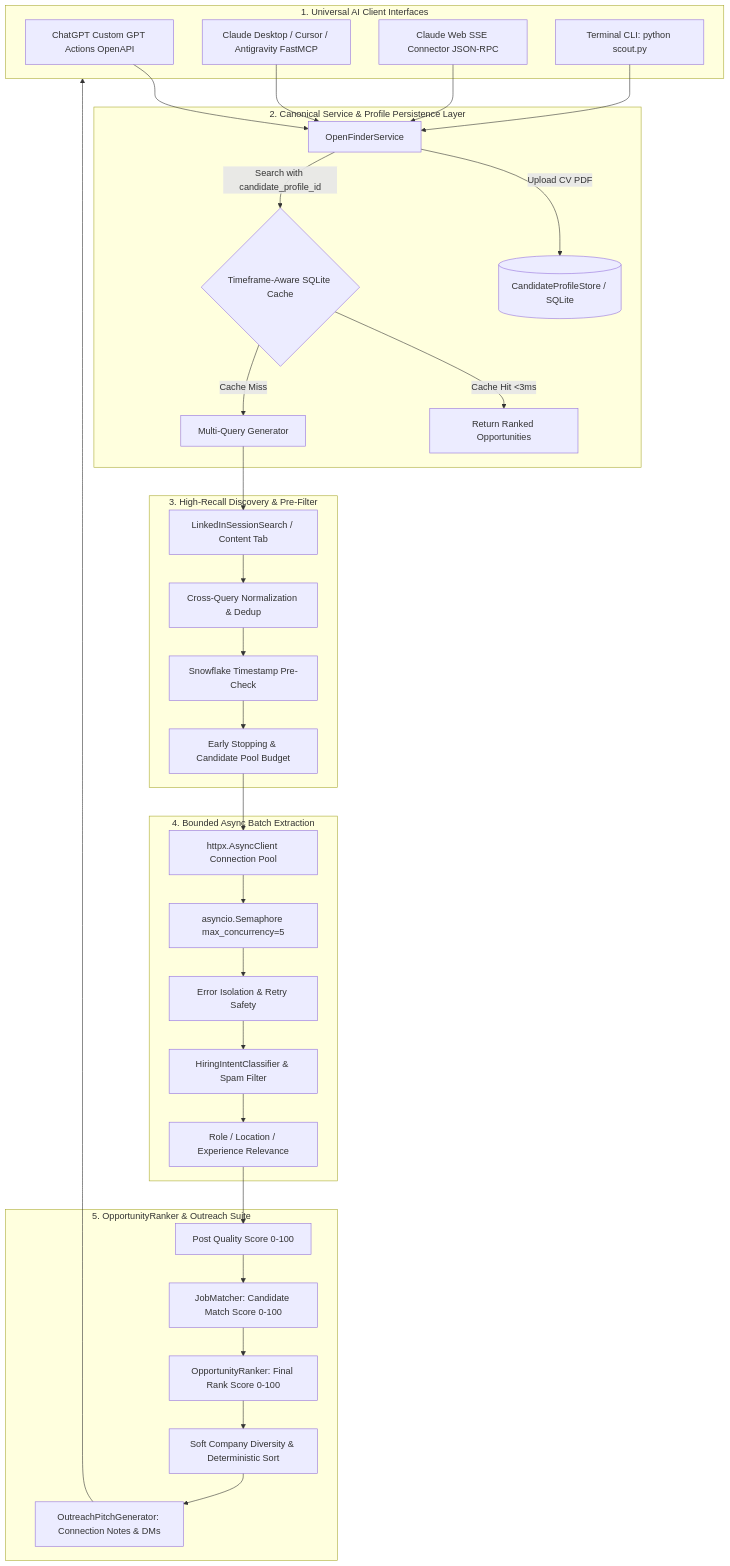
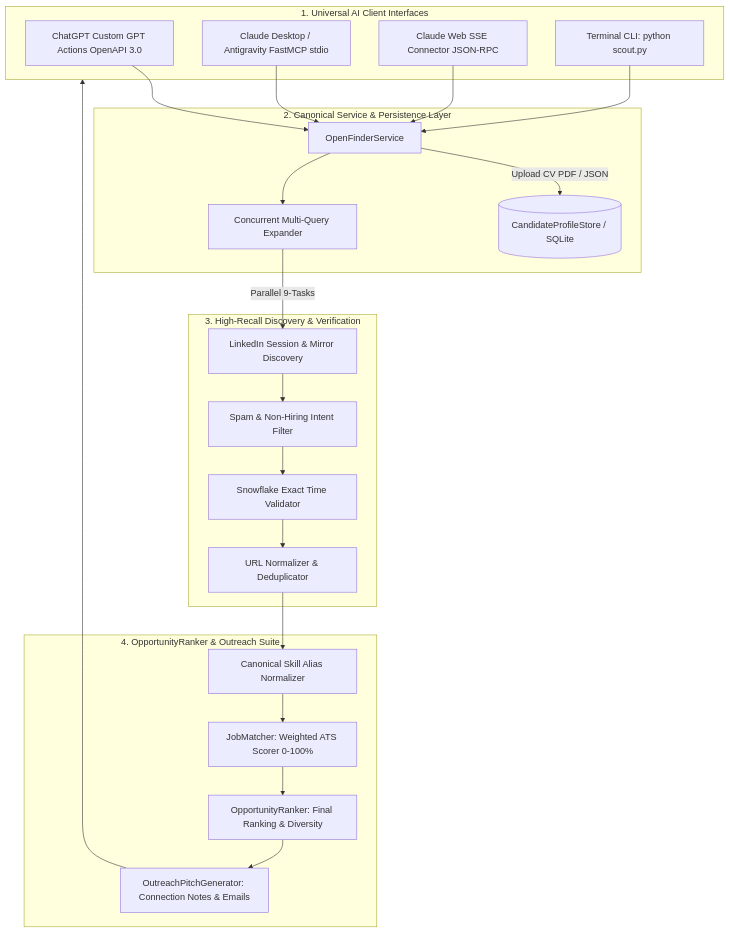
One commit to thamodharangm/openfinder changed the diagram in README.md. Above: the diagram before and after it, drawn with Mermaid. The commit also changed other lines of this file, not shown here.

Commit message:
docs: rewrite README.md with comprehensive architecture, dual protocol integrations, and OpenAPI 3.0 specs

````diff
--- a/README.md
+++ b/README.md
@@ -41,42 +41,31 @@
 ```mermaid
 flowchart TD
     subgraph CLIENTS ["1. Universal AI Client Interfaces"]
-        C1[ChatGPT Custom GPT Actions OpenAPI]
-        C2[Claude Desktop / Cursor / Antigravity FastMCP]
+        C1[ChatGPT Custom GPT Actions OpenAPI 3.0]
+        C2[Claude Desktop / Antigravity FastMCP stdio]
         C3[Claude Web SSE Connector JSON-RPC]
         C4[Terminal CLI: python scout.py]
     end
 
-    subgraph SERVICE ["2. Canonical Service & Profile Persistence Layer"]
+    subgraph SERVICE ["2. Canonical Service & Persistence Layer"]
         C1 & C2 & C3 & C4 --> S0[OpenFinderService]
-        S0 -->|Upload CV PDF| S1[(CandidateProfileStore / SQLite)]
-        S0 -->|Search with candidate_profile_id| S2{Timeframe-Aware SQLite Cache}
-        S2 -->|Cache Hit <3ms| RET[Return Ranked Opportunities]
-        S2 -->|Cache Miss| D1[Multi-Query Generator]
+        S0 -->|Upload CV PDF / JSON| S1[(CandidateProfileStore / SQLite)]
+        S0 --> S2[Concurrent Multi-Query Expander]
     end
 
-    subgraph DISCOVERY ["3. High-Recall Discovery & Pre-Filter"]
-        D1 --> D2[LinkedInSessionSearch / Content Tab]
-        D2 --> D3[Cross-Query Normalization & Dedup]
-        D3 --> D4[Snowflake Timestamp Pre-Check]
-        D4 --> D5[Early Stopping & Candidate Pool Budget]
+    subgraph DISCOVERY ["3. High-Recall Discovery & Verification"]
+        S2 -->|Parallel 9-Tasks| D1[LinkedIn Session & Mirror Discovery]
+        D1 --> D2[Spam & Non-Hiring Intent Filter]
+        D2 --> D3[Snowflake Exact Time Validator]
+        D3 --> D4[URL Normalizer & Deduplicator]
     end
 
-    subgraph EXTRACTION ["4. Bounded Async Batch Extraction"]
-        D5 --> E1[httpx.AsyncClient Connection Pool]
-        E1 --> E2[asyncio.Semaphore max_concurrency=5]
-        E2 --> E3[Error Isolation & Retry Safety]
-        E3 --> E4[HiringIntentClassifier & Spam Filter]
-        E4 --> E5[Role / Location / Experience Relevance]
+    subgraph RANKING ["4. OpportunityRanker & Outreach Suite"]
+        D4 --> R1[Canonical Skill Alias Normalizer]
+        R1 --> R2[JobMatcher: Weighted ATS Scorer 0-100%]
+        R2 --> R3[OpportunityRanker: Final Ranking & Diversity]
+        R3 --> R4[OutreachPitchGenerator: Connection Notes & Emails]
     end
 
-    subgraph RANKING ["5. OpportunityRanker & Outreach Suite"]
-        E5 --> R1[Post Quality Score 0-100]
-        R1 --> R2[JobMatcher: Candidate Match Score 0-100]
-        R2 --> R3[OpportunityRanker: Final Rank Score 0-100]
-        R3 --> R4[Soft Company Diversity & Deterministic Sort]
-        R4 --> R5[OutreachPitchGenerator: Connection Notes & DMs]
-    end
-
-    R5 --> CLIENTS
+    R4 --> CLIENTS
 ```
````
